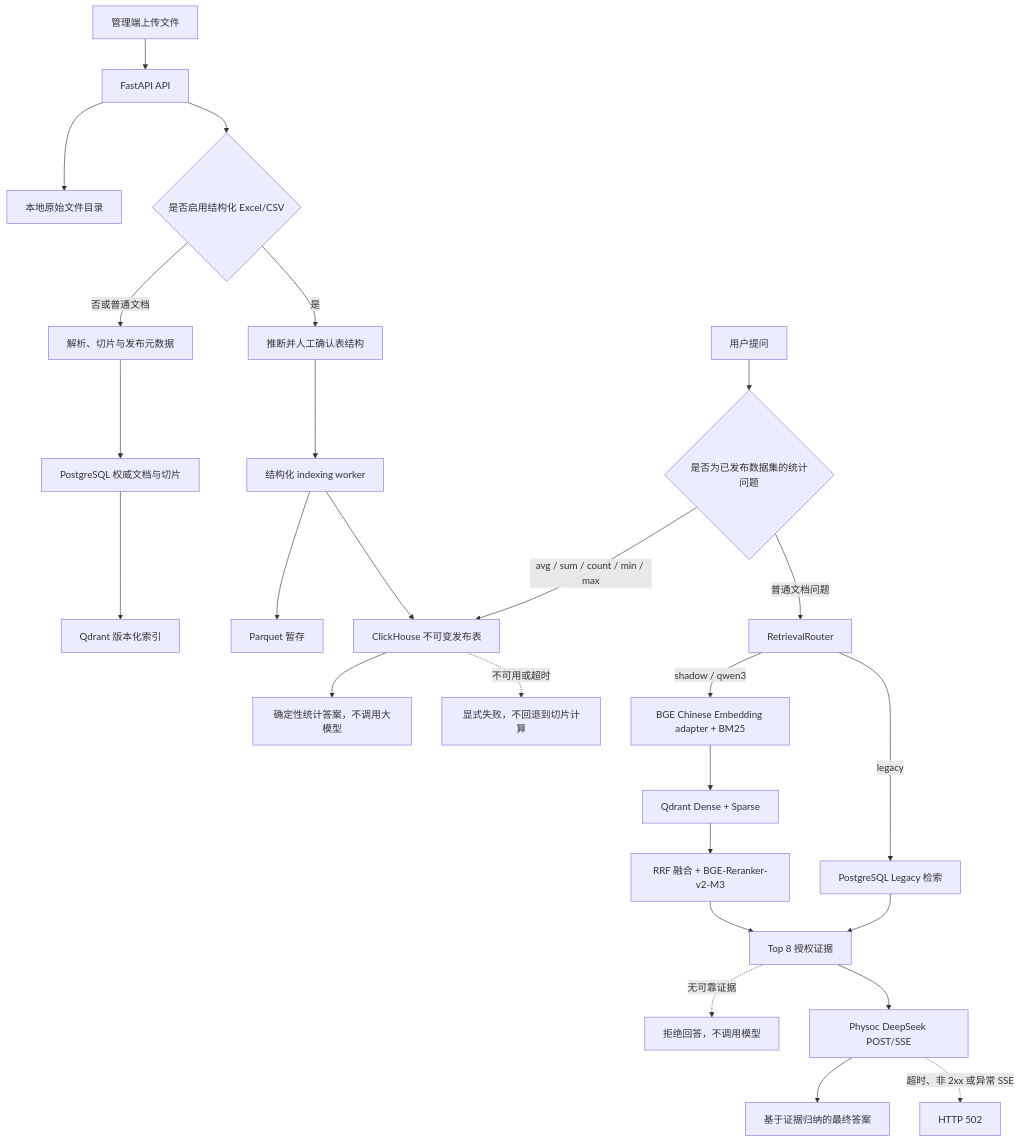
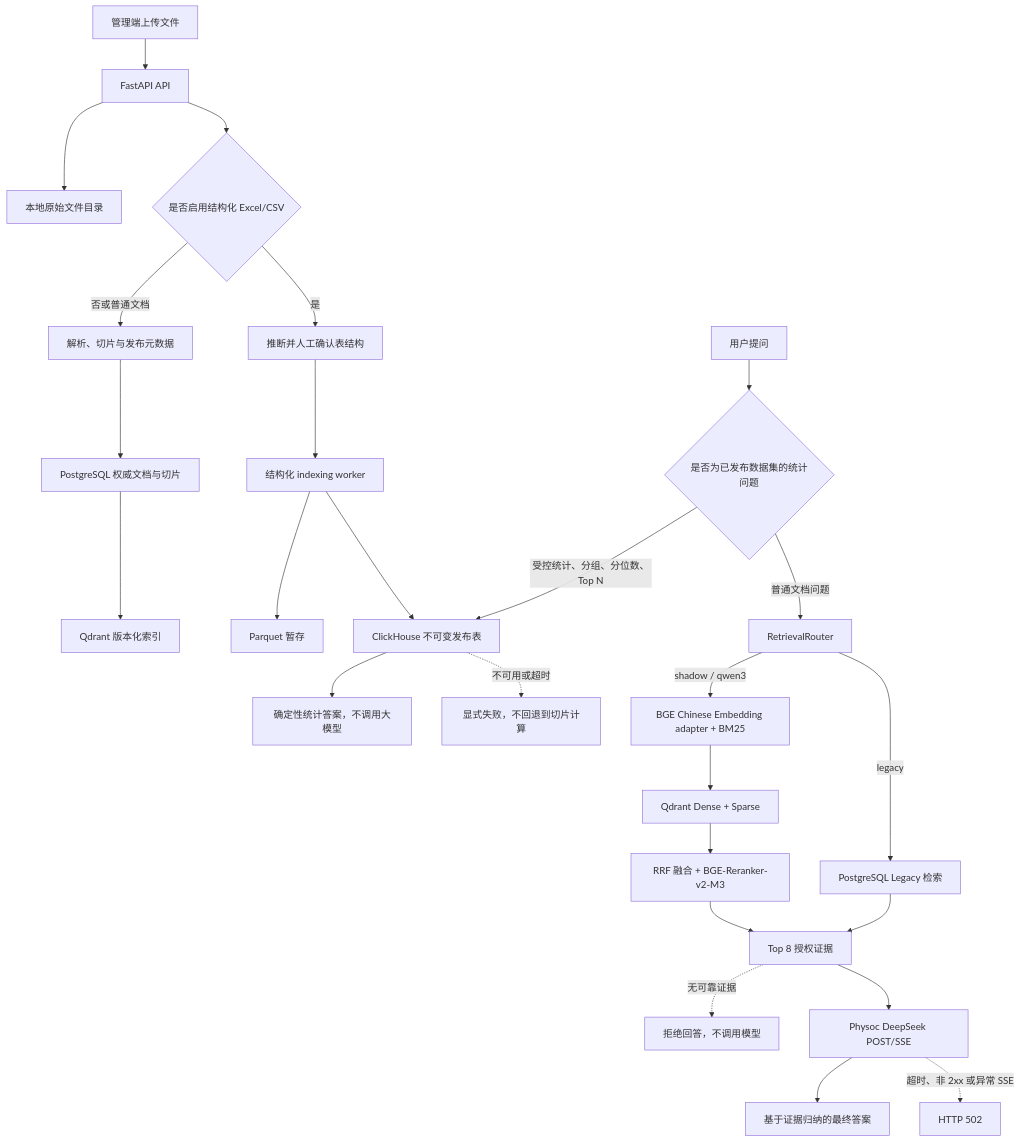
The diagram in README.md (weberhyj/DCAgent), drawn with Mermaid before and after one commit. The commit also changed other lines of this file and 7 other files, not shown here.

````diff
--- a/README.md
+++ b/README.md
@@ -264,32 +264,32 @@
 ```mermaid
 flowchart TD
     A["管理端上传文件"] --> B["FastAPI API"]
     B --> C["本地原始文件目录"]
     B --> D{"是否启用结构化 Excel/CSV"}
 
     D -->|"否或普通文档"| E["解析、切片与发布元数据"]
     E --> F["PostgreSQL 权威文档与切片"]
     F --> G["Qdrant 版本化索引"]
 
     D -->|"是"| H["推断并人工确认表结构"]
     H --> I["结构化 indexing worker"]
     I --> J["Parquet 暂存"]
     I --> K["ClickHouse 不可变发布表"]
 
     L["用户提问"] --> M{"是否为已发布数据集的统计问题"}
-    M -->|"avg / sum / count / min / max"| K
+    M -->|"受控统计、分组、分位数、Top N"| K
     K --> N["确定性统计答案，不调用大模型"]
     K -.->|"不可用或超时"| X["显式失败，不回退到切片计算"]
 
     M -->|"普通文档问题"| O["RetrievalRouter"]
     O -->|"legacy"| P0["PostgreSQL Legacy 检索"]
     O -->|"shadow / qwen3"| P1["BGE Chinese Embedding adapter + BM25"]
     P1 --> P2["Qdrant Dense + Sparse"]
     P2 --> P3["RRF 融合 + BGE-Reranker-v2-M3"]
     P3 --> P["Top 8 授权证据"]
     P0 --> P
     P -.->|"无可靠证据"| Y["拒绝回答，不调用模型"]
     P --> Q["Physoc DeepSeek POST/SSE"]
     Q --> R["基于证据归纳的最终答案"]
     Q -.->|"超时、非 2xx 或异常 SSE"| Z["HTTP 502"]
 ```
````
